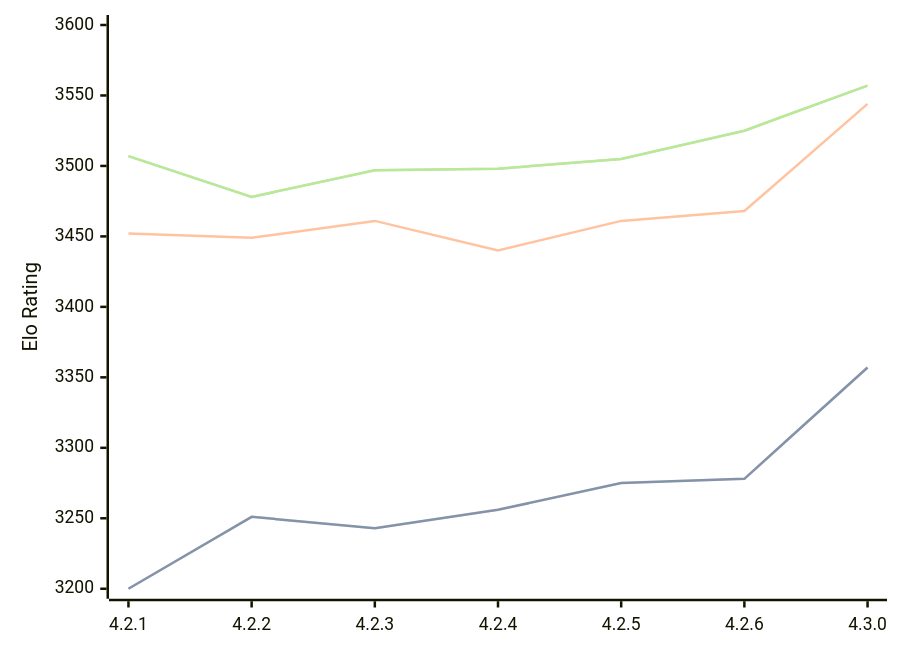
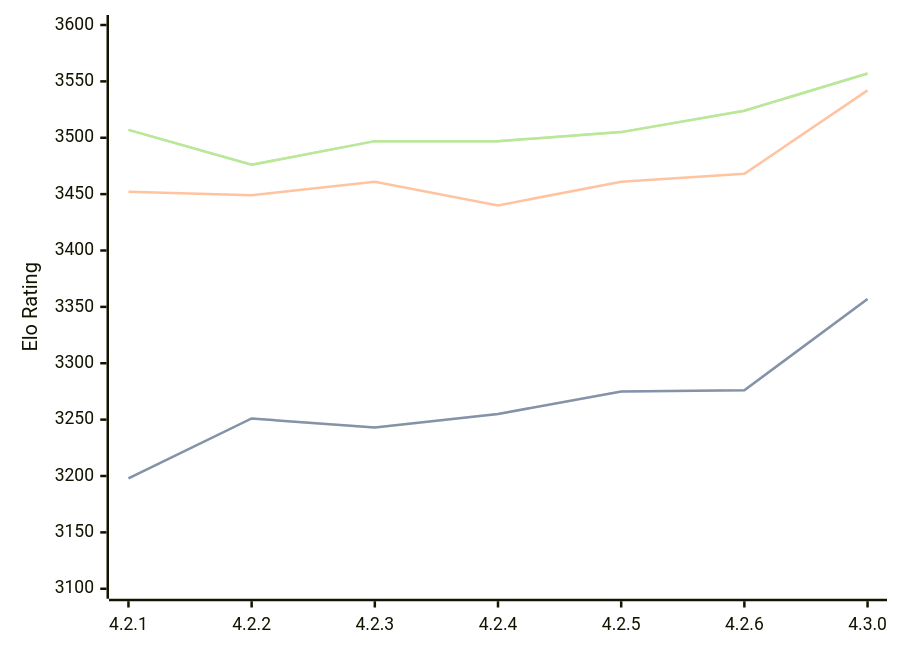
The diagram in engines/Gaia.md (computer-chess-index/cci), drawn with Mermaid before and after one commit. The commit also changed other lines of this file, not shown here.

Commit message:
Update CCI Ratings (ELO VLTC) - 2026-09-11

````diff
--- a/engines/Gaia.md
+++ b/engines/Gaia.md
@@ -42,11 +42,11 @@
 ```mermaid
 %%{init: {"theme":"base","themeVariables":{"seriesColors:['#a3a3a3','#222221','#faa371']}}}%%
 xychart-beta
   x-axis ["4.2.1", "4.2.2", "4.2.3", "4.2.4", "4.2.5", "4.2.6", "4.3.0"]
-  y-axis "Elo Rating" 3200 --> 3600
-  line "" [3200, 3251, 3243, 3256, 3275, 3278, 3357]
-  line "STC (8.0+0.08s)" [3200, 3251, 3243, 3256, 3275, 3278, 3357]
-  line "LTC (60.0+0.60s)" [3452, 3449, 3461, 3440, 3461, 3468, 3544]
-  line "" [3507, 3478, 3497, 3498, 3505, 3525, 3557]
-  line "VLTC (2m24s+1.12s)" [3507, 3478, 3497, 3498, 3505, 3525, 3557]
+  y-axis "Elo Rating" 3100 --> 3600
+  line "" [3198, 3251, 3243, 3255, 3275, 3276, 3357]
+  line "STC (8.0+0.08s)" [3198, 3251, 3243, 3255, 3275, 3276, 3357]
+  line "LTC (60.0+0.60s)" [3452, 3449, 3461, 3440, 3461, 3468, 3542]
+  line "" [3507, 3476, 3497, 3497, 3505, 3524, 3557]
+  line "VLTC (2m24s+1.12s)" [3507, 3476, 3497, 3497, 3505, 3524, 3557]
 ```
````
